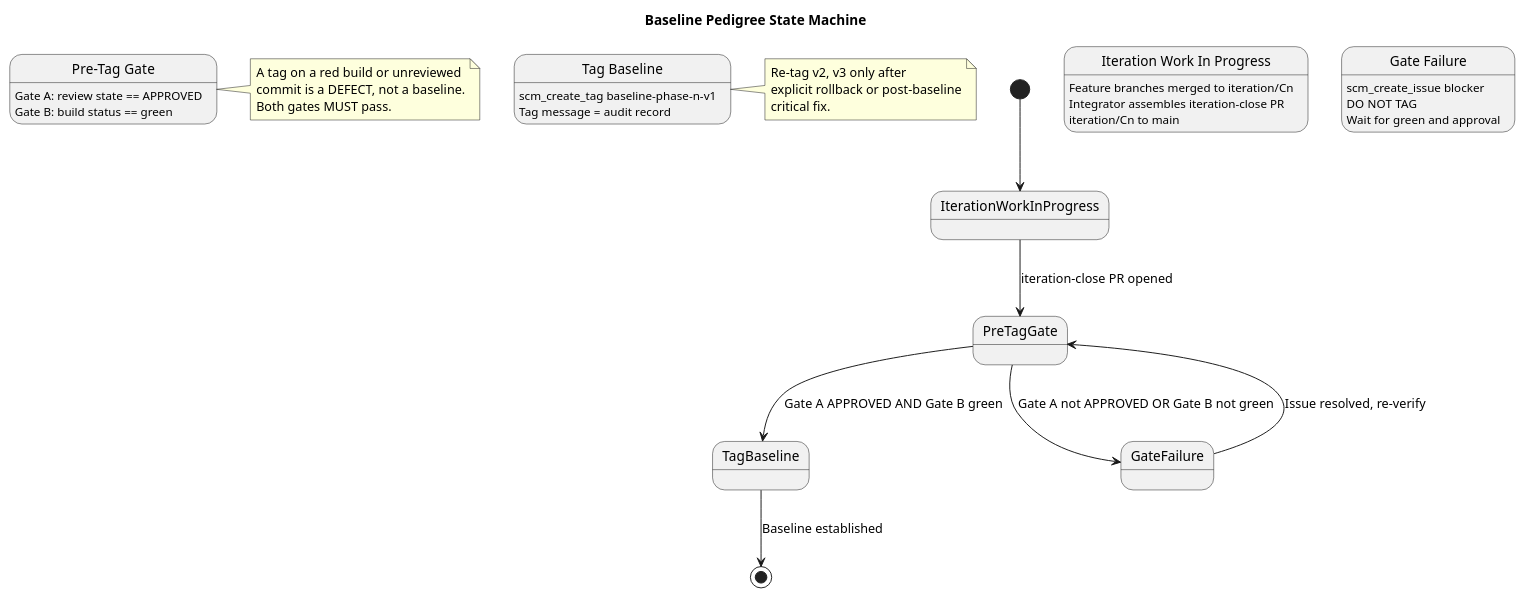
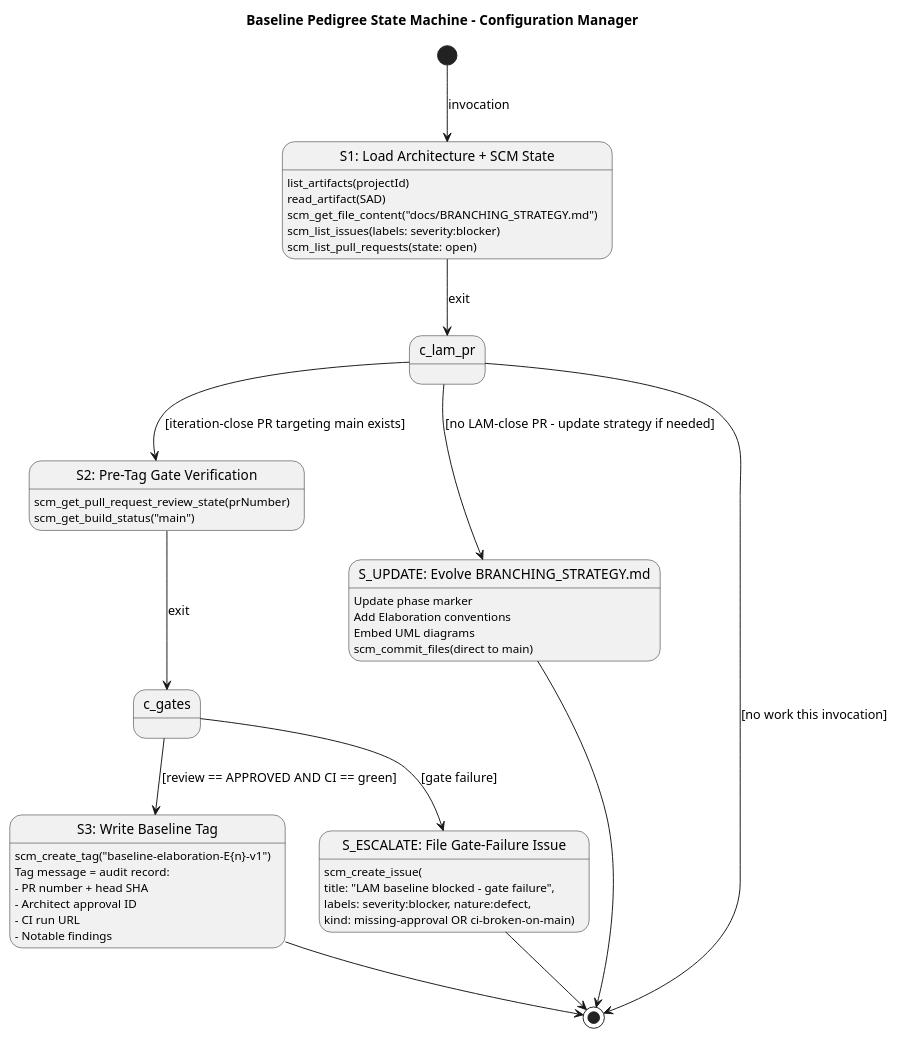
Before and after one commit to banense-test/demo-janke-lab: the second of 2 diagrams in docs/BRANCHING_STRATEGY.md, drawn with PlantUML. The commit also changed other lines of this file, not shown here.

Commit message:
CM: Evolve BRANCHING_STRATEGY.md from Inception to Elaboration — add baseline pedigree state machine, branching topology diagram, Elaboration baseline conventions, and refined CI identification scheme

````diff
--- a/docs/BRANCHING_STRATEGY.md
+++ b/docs/BRANCHING_STRATEGY.md
@@ -181,53 +134,62 @@
 ```plantuml
-@startuml BaselinePedigree
-title Baseline Pedigree State Machine
+@startuml BaselinePedigreeStateMachine
+title Baseline Pedigree State Machine - Configuration Manager
 
 skinparam shadowing false
 
-[*] --> IterationWorkInProgress
+[*] --> S1_DISCOVER : invocation
 
-state "Iteration Work In Progress" as IWP {
-  IWP : Feature branches merged to iteration/Cn
-  IWP : Integrator assembles iteration-close PR
-  IWP : iteration/Cn to main
+state "S1: Load Architecture + SCM State" as S1_DISCOVER {
+  S1_DISCOVER : list_artifacts(projectId)
+  S1_DISCOVER : read_artifact(SAD)
+  S1_DISCOVER : scm_get_file_content("docs/BRANCHING_STRATEGY.md")
+  S1_DISCOVER : scm_list_issues(labels: severity:blocker)
+  S1_DISCOVER : scm_list_pull_requests(state: open)
 }
 
-IterationWorkInProgress --> PreTagGate : iteration-close PR opened
+S1_DISCOVER --> c_lam_pr : exit
 
-state "Pre-Tag Gate" as GATE {
-  GATE : Gate A: review state == APPROVED
-  GATE : Gate B: build status == green
+state c_lam_pr <<choice>>
+c_lam_pr --> S2_GATE : [iteration-close PR targeting main exists]
+c_lam_pr --> S_UPDATE_STRATEGY : [no LAM-close PR - update strategy if needed]
+c_lam_pr --> [*] : [no work this invocation]
+
+state "S_UPDATE: Evolve BRANCHING_STRATEGY.md" as S_UPDATE_STRATEGY {
+  S_UPDATE_STRATEGY : Update phase marker
+  S_UPDATE_STRATEGY : Add Elaboration conventions
+  S_UPDATE_STRATEGY : Embed UML diagrams
+  S_UPDATE_STRATEGY : scm_commit_files(direct to main)
+}
+S_UPDATE_STRATEGY --> [*]
+
+state "S2: Pre-Tag Gate Verification" as S2_GATE {
+  S2_GATE : scm_get_pull_request_review_state(prNumber)
+  S2_GATE : scm_get_build_status("main")
 }
 
-PreTagGate --> TagBaseline : Gate A APPROVED AND Gate B green
-PreTagGate --> GateFailure : Gate A not APPROVED OR Gate B not green
+S2_GATE --> c_gates : exit
 
-state "Tag Baseline" as TAG {
-  TAG : scm_create_tag baseline-phase-n-v1
-  TAG : Tag message = audit record
+state c_gates <<choice>>
+c_gates --> S3_TAG : [review == APPROVED AND CI == green]
+c_gates --> S_ESCALATE : [gate failure]
+
+state "S3: Write Baseline Tag" as S3_TAG {
+  S3_TAG : scm_create_tag("baseline-elaboration-E{n}-v1")
+  S3_TAG : Tag message = audit record:
+  S3_TAG :   - PR number + head SHA
+  S3_TAG :   - Architect approval ID
+  S3_TAG :   - CI run URL
+  S3_TAG :   - Notable findings
 }
+S3_TAG --> [*]
 
-TagBaseline --> [*] : Baseline established
-
-state "Gate Failure" as FAIL {
-  FAIL : scm_create_issue blocker
-  FAIL : DO NOT TAG
-  FAIL : Wait for green and approval
+state "S_ESCALATE: File Gate-Failure Issue" as S_ESCALATE {
+  S_ESCALATE : scm_create_issue(
+  S_ESCALATE :   title: "LAM baseline blocked - gate failure",
+  S_ESCALATE :   labels: severity:blocker, nature:defect,
+  S_ESCALATE :   kind: missing-approval OR ci-broken-on-main)
 }
-
-GateFailure --> PreTagGate : Issue resolved, re-verify
-
-note right of GATE
-  A tag on a red build or unreviewed
-  commit is a DEFECT, not a baseline.
-  Both gates MUST pass.
-end note
-
-note right of TAG
-  Re-tag v2, v3 only after
-  explicit rollback or post-baseline
-  critical fix.
-end note
+S_ESCALATE --> [*]
 
 @enduml
 ```
````
